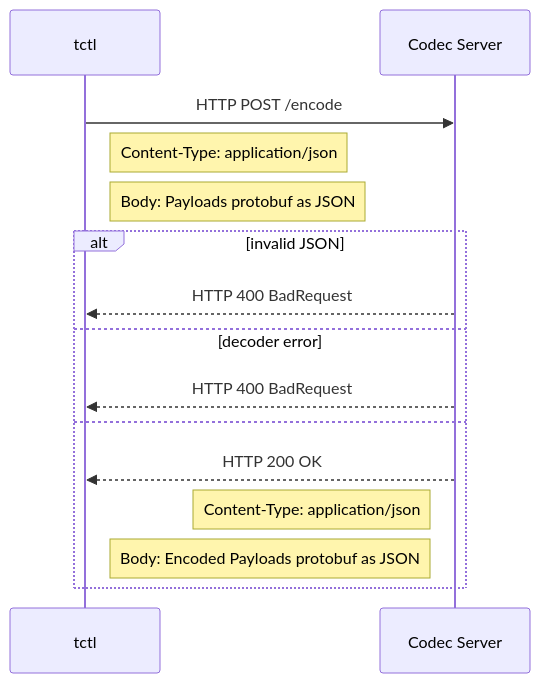
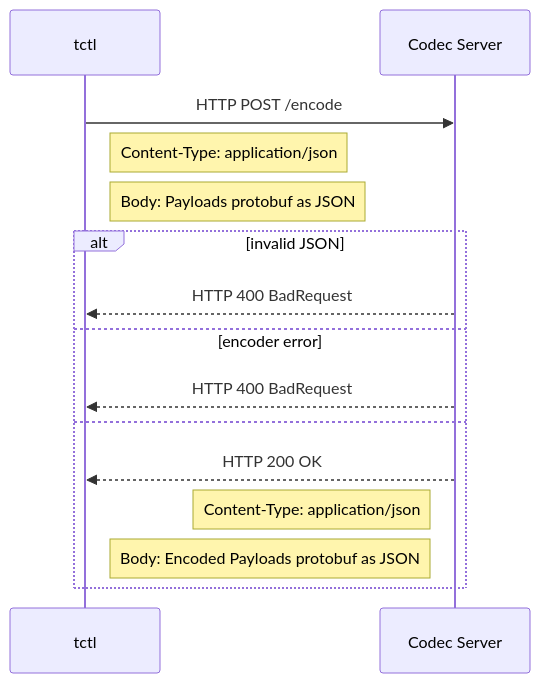
The first of 2 diagrams in codec-server/README.md (temporalio/samples-go), drawn with Mermaid before and after one commit.

````diff
--- a/codec-server/README.md
+++ b/codec-server/README.md
@@ -57,18 +57,18 @@
 ```mermaid
 sequenceDiagram;
 	participant tctl
 	participant Server as Codec Server
 
 	tctl->>Server: HTTP POST /encode
 	Note right of tctl: Content-Type: application/json
 	Note right of tctl: Body: Payloads protobuf as JSON
 	alt invalid JSON
 		Server-->>tctl: HTTP 400 BadRequest
-    else decoder error
+    else encoder error
 		Server-->>tctl: HTTP 400 BadRequest
     else
 		Server-->>tctl: HTTP 200 OK
 		Note left of Server: Content-Type: application/json
 		Note left of Server: Body: Encoded Payloads protobuf as JSON
 	end
 ```
````
